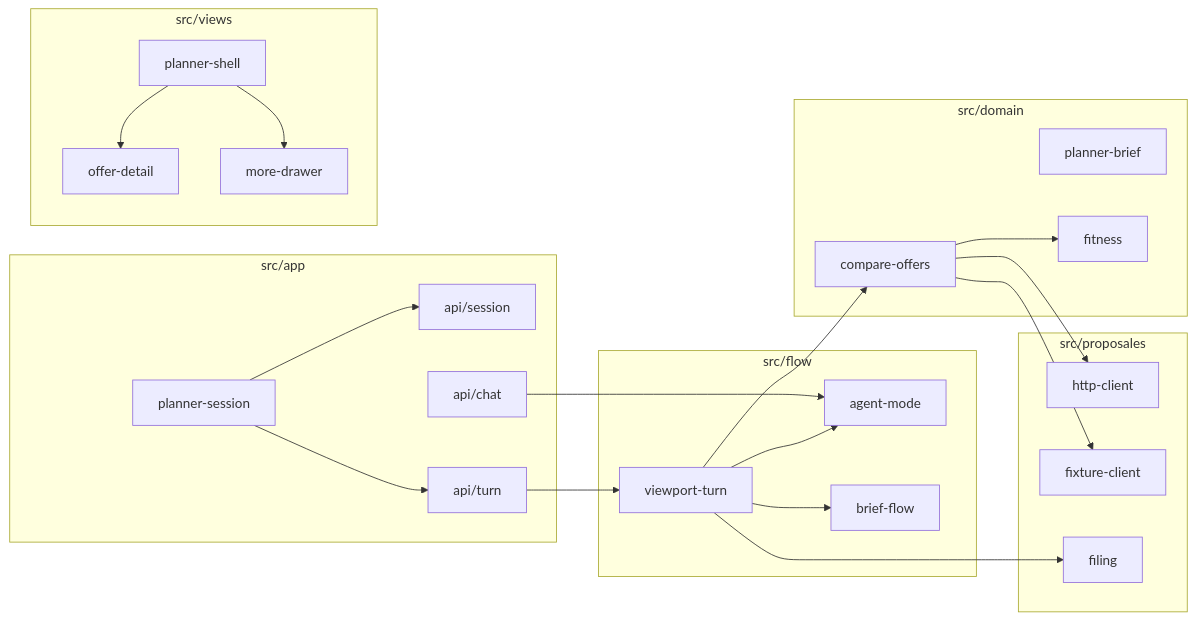
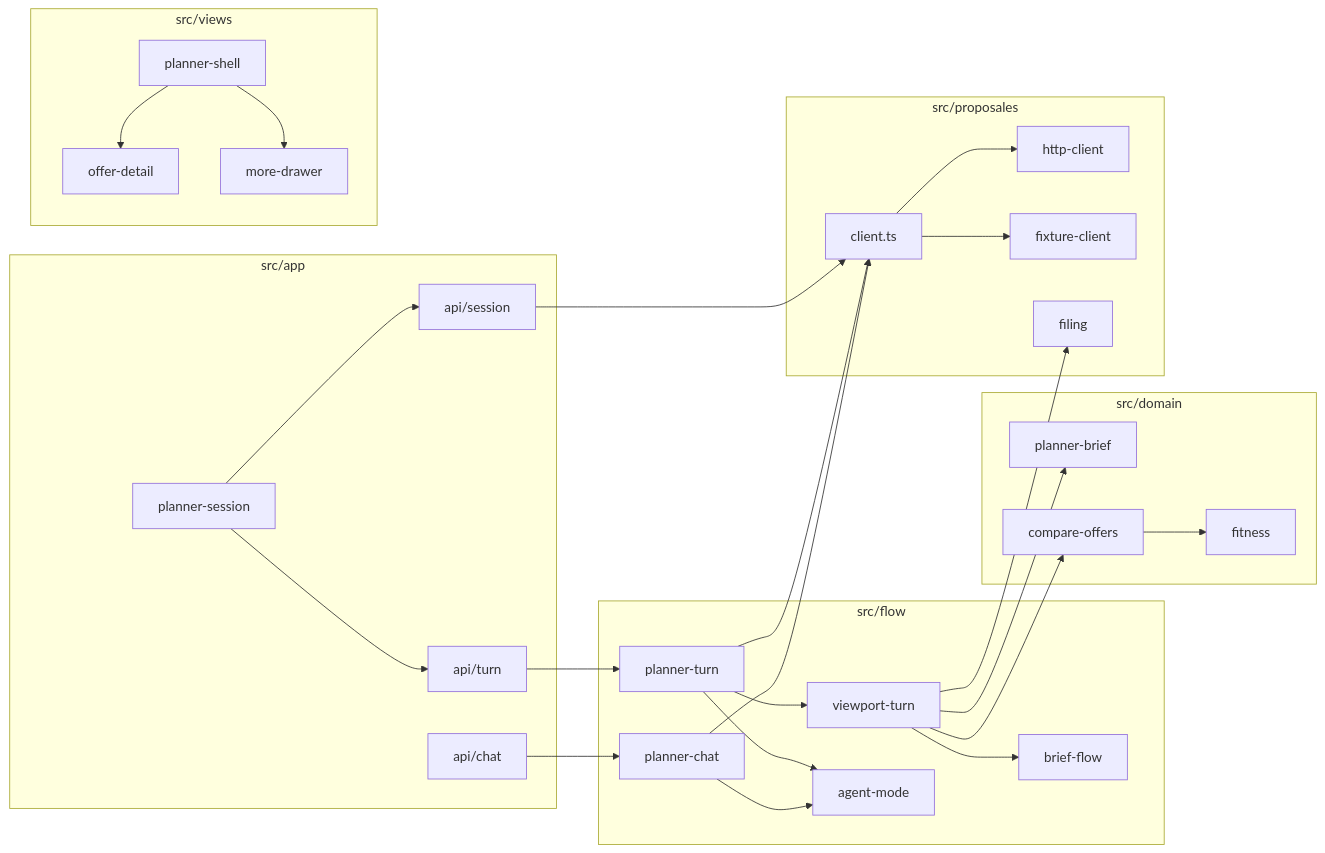
Before and after one commit to p10ns11y/proposales-planner-bench: the eighth of 14 diagrams in planner-bench/docs/ARCHITECTURE.md, drawn with Mermaid. The commit also changed other lines of this file and 11 other files, not shown here.

````diff
--- a/planner-bench/docs/ARCHITECTURE.md
+++ b/planner-bench/docs/ARCHITECTURE.md
@@ -167,42 +153,51 @@
 ```mermaid
 flowchart LR
   subgraph appBox ["src/app"]
     page[planner-session]
     sessionRoute[api/session]
     turnRoute[api/turn]
     chatRoute[api/chat]
   end
   subgraph flowBox ["src/flow"]
+    handler[planner-turn]
+    chatFlow[planner-chat]
     viewport[viewport-turn]
     extract[agent-mode]
     stage[brief-flow]
   end
   subgraph domainBox ["src/domain"]
     briefNode[planner-brief]
     rankNode[compare-offers]
     fitNode[fitness]
   end
   subgraph ioBox ["src/proposales"]
+    clientPick[client.ts]
     http[http-client]
     fixture[fixture-client]
     fileNode[filing]
   end
   subgraph viewBox ["src/views"]
     shell[planner-shell]
     detailNode[offer-detail]
     drawer[more-drawer]
   end
   page --> sessionRoute
   page --> turnRoute
-  turnRoute --> viewport
-  chatRoute --> extract
-  viewport --> extract
+  sessionRoute --> clientPick
+  turnRoute --> handler
+  handler --> viewport
+  handler --> extract
+  handler --> clientPick
+  chatRoute --> chatFlow
+  chatFlow --> extract
+  chatFlow --> clientPick
+  viewport --> briefNode
   viewport --> rankNode
   viewport --> stage
   rankNode --> fitNode
-  rankNode --> http
-  rankNode --> fixture
   viewport --> fileNode
+  clientPick --> http
+  clientPick --> fixture
   shell --> detailNode
   shell --> drawer
 ```
````
